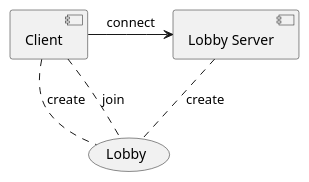
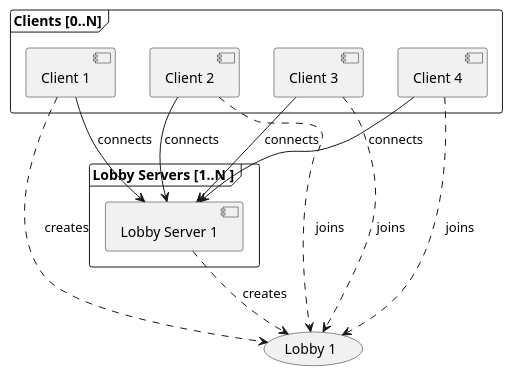
The first of 10 diagrams in docs/report.md (Alb-Ard/dist-sys-dubito-online), drawn with PlantUML before and after one commit. The commit also changed other lines of this file, not shown here.

Commit message:
changed component diagram, unified state diagrams (might need few extra additions)

````diff
--- a/docs/report.md
+++ b/docs/report.md
@@ -155,11 +155,29 @@
 ```plantuml
+
 @startuml
-[Lobby Server] as LS
-[Client] -> LS : connect
-LS .. (Lobby) : create
-[Client] .. (Lobby) : create
-[Client] .. (Lobby) : join
+
+frame "Clients [0..N]" {
+  [Client 1]
+  [Client 2]
+  [Client 3]
+  [Client 4]
+}
+
+frame "Lobby Servers [1..N ]" {
+  [Lobby Server 1]
+}
+
+[Client 1] --> [Lobby Server 1] : connects
+[Client 2] --> [Lobby Server 1] : connects
+[Client 3] --> [Lobby Server 1] : connects
+[Client 4] --> [Lobby Server 1] : connects
+
+[Lobby Server 1] ..> (Lobby 1) : creates
+[Client 1] ..> (Lobby 1) : creates
+[Client 2] ..> (Lobby 1) : joins
+[Client 3] ..> (Lobby 1) : joins
+[Client 4] ..> (Lobby 1) : joins
 
 @enduml
 
 ```
````
